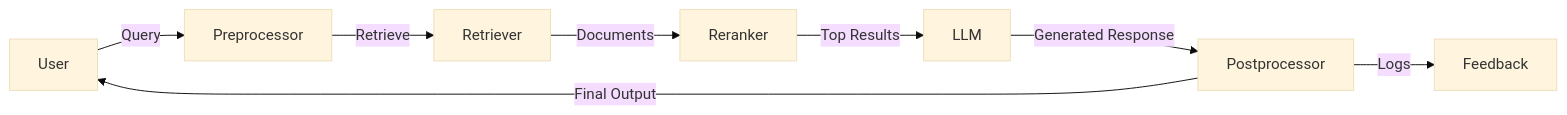
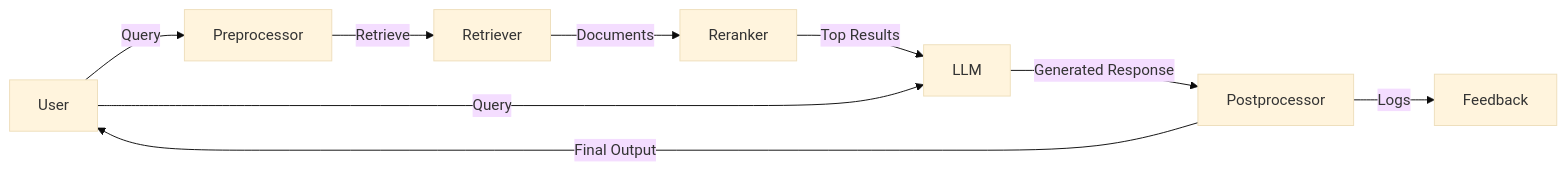
Before and after one commit to sureshm-hub/system-design-field-guide: the diagram in real-world-lessons/ml-ai/RAG.md, drawn with Mermaid (base theme).

Commit message:
RAG - ml ai

````diff
--- a/real-world-lessons/ml-ai/RAG.md
+++ b/real-world-lessons/ml-ai/RAG.md
@@ -63,10 +63,11 @@
 ```mermaid
 graph LR;
     User -->|Query| Preprocessor;
     Preprocessor -->|Retrieve| Retriever;
     Retriever -->|Documents| Reranker;
     Reranker -->|Top Results| LLM;
+    User -->|Query| LLM;
     LLM -->|Generated Response| Postprocessor;
     Postprocessor -->|Final Output| User;
     Postprocessor -->|Logs| Feedback;
 ```
````
